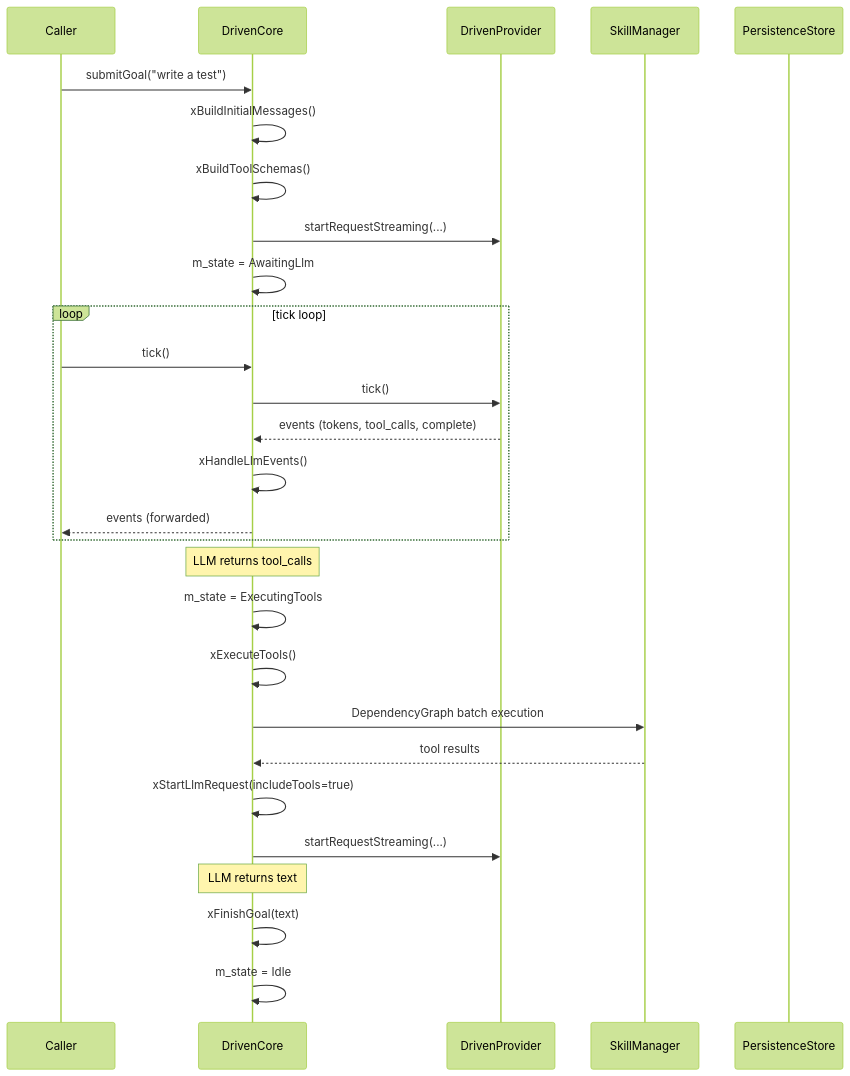
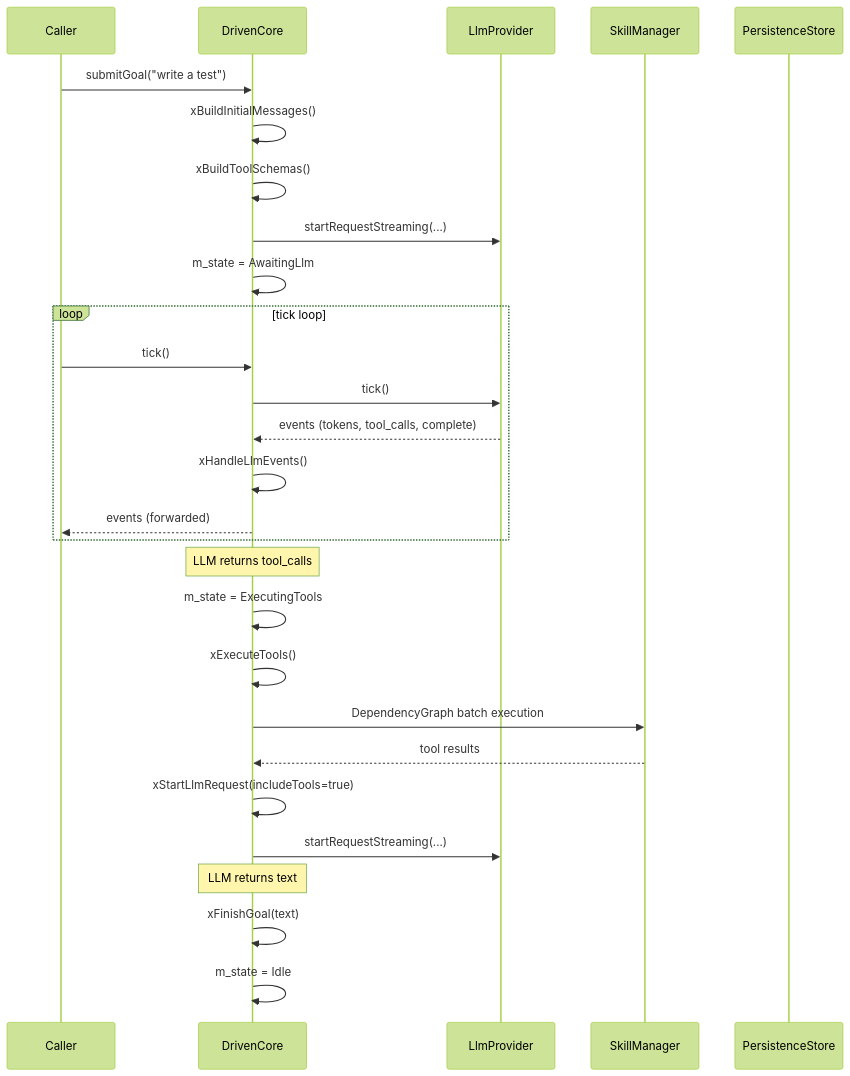
Before and after one commit to opensassi/a0: the second of 2 diagrams in src/driven_core.spec.md, drawn with Mermaid (forest theme). The commit also changed other lines of this file and 30 other files, not shown here.

````diff
--- a/src/driven_core.spec.md
+++ b/src/driven_core.spec.md
@@ -126,35 +141,35 @@
 ```mermaid
 sequenceDiagram
     participant C as Caller
     participant DC as DrivenCore
-    participant PR as DrivenProvider
+    participant PR as LlmProvider
     participant SK as SkillManager
     participant PT as PersistenceStore
 
     C->>DC: submitGoal("write a test")
     DC->>DC: xBuildInitialMessages()
     DC->>DC: xBuildToolSchemas()
     DC->>PR: startRequestStreaming(...)
     DC->>DC: m_state = AwaitingLlm
 
     loop tick loop
         C->>DC: tick()
         DC->>PR: tick()
         PR-->>DC: events (tokens, tool_calls, complete)
         DC->>DC: xHandleLlmEvents()
         DC-->>C: events (forwarded)
     end
 
     Note over DC: LLM returns tool_calls
     DC->>DC: m_state = ExecutingTools
 
     DC->>DC: xExecuteTools()
     DC->>SK: DependencyGraph batch execution
     SK-->>DC: tool results
     DC->>DC: xStartLlmRequest(includeTools=true)
     DC->>PR: startRequestStreaming(...)
 
     Note over DC: LLM returns text
     DC->>DC: xFinishGoal(text)
     DC->>DC: m_state = Idle
 ```
````
